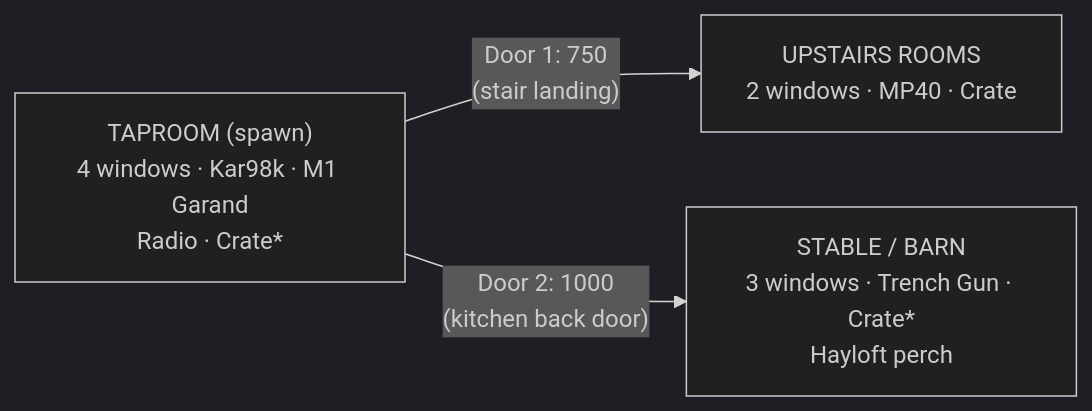
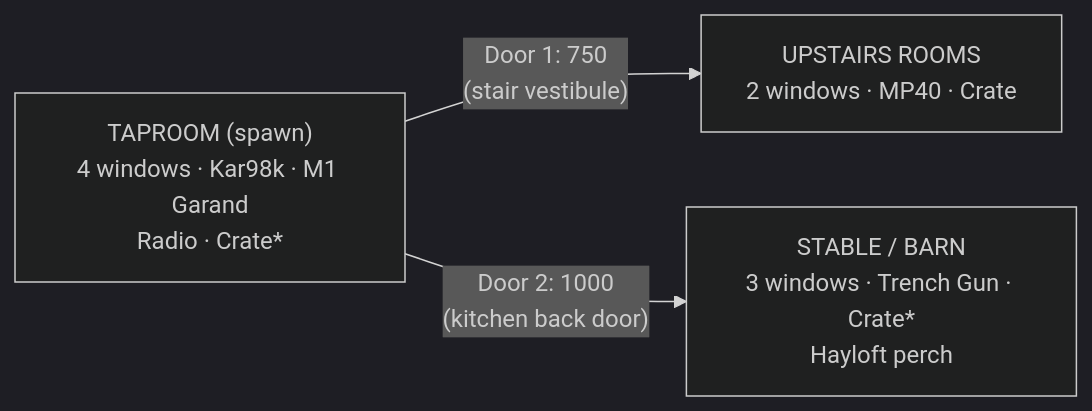
One commit to DBITDEFENSE/bolt-and-sprocket-ultimate changed the first of 4 diagrams in docs/gravelight/MAPS.md. Above: the diagram before and after it, drawn with Mermaid (dark theme). The commit also changed other lines of this file and 817 other files, not shown here.

````diff
--- a/docs/gravelight/MAPS.md
+++ b/docs/gravelight/MAPS.md
@@ -43,8 +43,8 @@
 ```mermaid
 graph LR
   TAPROOM["TAPROOM (spawn)<br/>4 windows · Kar98k · M1 Garand<br/>Radio · Crate*"]
   UPSTAIRS["UPSTAIRS ROOMS<br/>2 windows · MP40 · Crate"]
   STABLE["STABLE / BARN<br/>3 windows · Trench Gun · Crate*<br/>Hayloft perch"]
-  TAPROOM -- "Door 1: 750<br/>(stair landing)" --> UPSTAIRS
+  TAPROOM -- "Door 1: 750<br/>(stair vestibule)" --> UPSTAIRS
   TAPROOM -- "Door 2: 1000<br/>(kitchen back door)" --> STABLE
 ```
````
